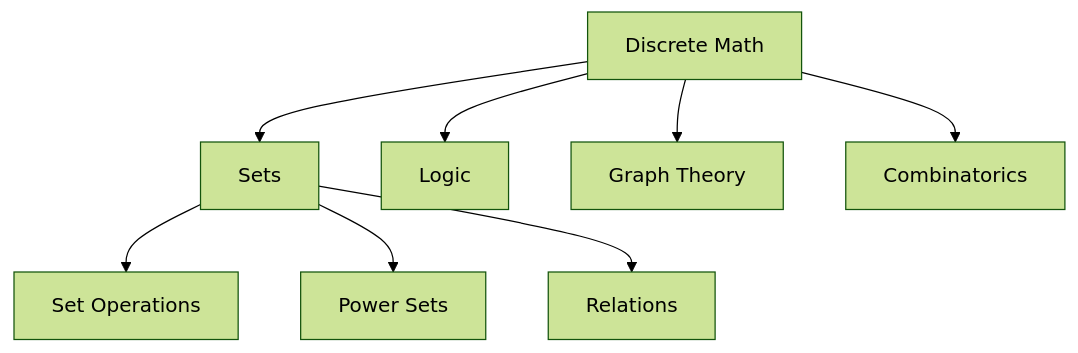
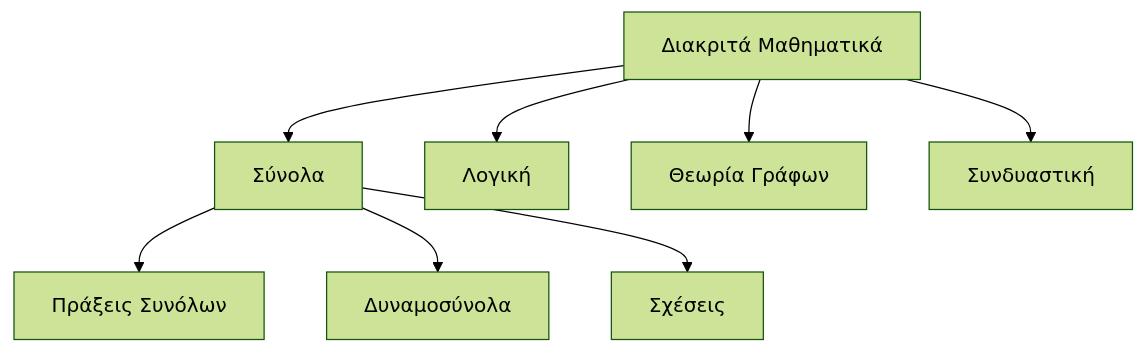
Before and after one commit to PanagopoulosNikolaos/DitOpenNotes: the diagram in Year_1/Semester_2/DISCRETE_MATHEMATICS/Resources/Notes/1_Discrete Mathematics.md, drawn with Mermaid (forest theme). The commit also changed other lines of this file and 8 other files, not shown here.

````diff
--- a/Year_1/Semester_2/DISCRETE_MATHEMATICS/Resources/Notes/1_Discrete Mathematics.md
+++ b/Year_1/Semester_2/DISCRETE_MATHEMATICS/Resources/Notes/1_Discrete Mathematics.md
@@ -7,10 +7,10 @@
 ```mermaid
 graph TD
-    A[Discrete Math] --> B[Sets]
-    A --> C[Logic]
-    A --> D[Graph Theory]
-    A --> E[Combinatorics]
-    B --> F[Set Operations]
-    B --> G[Power Sets]
-    B --> H[Relations]
+    A[Διακριτά Μαθηματικά] --> B[Σύνολα]
+    A --> C[Λογική]
+    A --> D[Θεωρία Γράφων]
+    A --> E[Συνδυαστική]
+    B --> F[Πράξεις Συνόλων]
+    B --> G[Δυναμοσύνολα]
+    B --> H[Σχέσεις]
 ```
````
